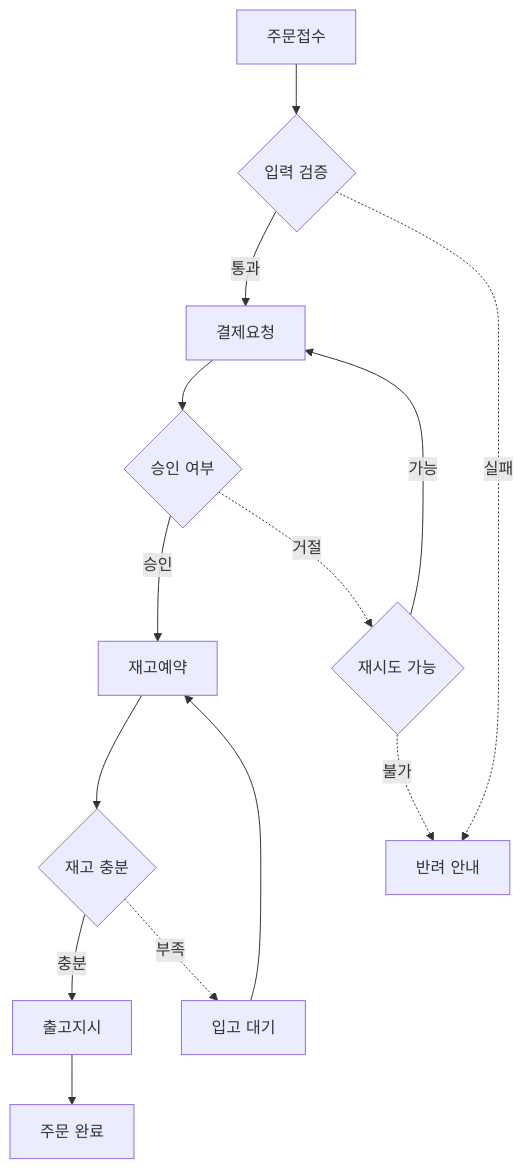
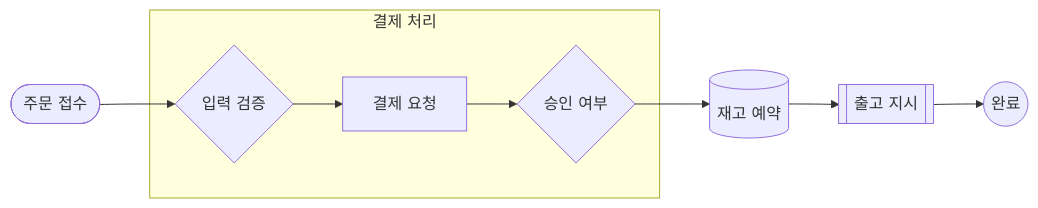
The first of 5 diagrams in docs/drafts/2026-09-fencesvg.md (1989v/msa), drawn with Mermaid before and after one commit. The commit also changed other lines of this file and 11 other files, not shown here.

````diff
--- a/docs/drafts/2026-09-fencesvg.md
+++ b/docs/drafts/2026-09-fencesvg.md
@@ -135,18 +160,13 @@
 ```mermaid
-%% caption: 주문은 결제와 재고를 모두 통과해야 출고된다
-flowchart TD
-  주문접수 --> 검증{입력 검증}
-  검증 -->|통과| 결제요청
-  검증 -.->|실패| 반려[반려 안내]
-  결제요청 --> 승인{승인 여부}
-  승인 -->|승인| 재고예약
-  승인 -.->|거절| 재시도{재시도 가능}
-  재시도 -->|가능| 결제요청
-  재시도 -.->|불가| 반려
-  재고예약 --> 부족{재고 충분}
-  부족 -->|충분| 출고지시
-  부족 -.->|부족| 입고대기[입고 대기]
-  입고대기 --> 재고예약
-  출고지시 --> 완료[주문 완료]
-  class 출고지시 emphasis
+%% caption: 주문은 결제를 통과해야 출고된다
+flowchart LR
+  주문([주문 접수]) --> 검증{입력 검증}
+  subgraph pay[결제 처리]
+    검증 --> 결제[결제 요청]
+    결제 --> 승인{승인 여부}
+  end
+  승인 --> 예약[(재고 예약)]
+  예약 --> 출고[[출고 지시]]
+  출고 --> 완료((완료))
+  class 출고 emphasis
 ```
````
